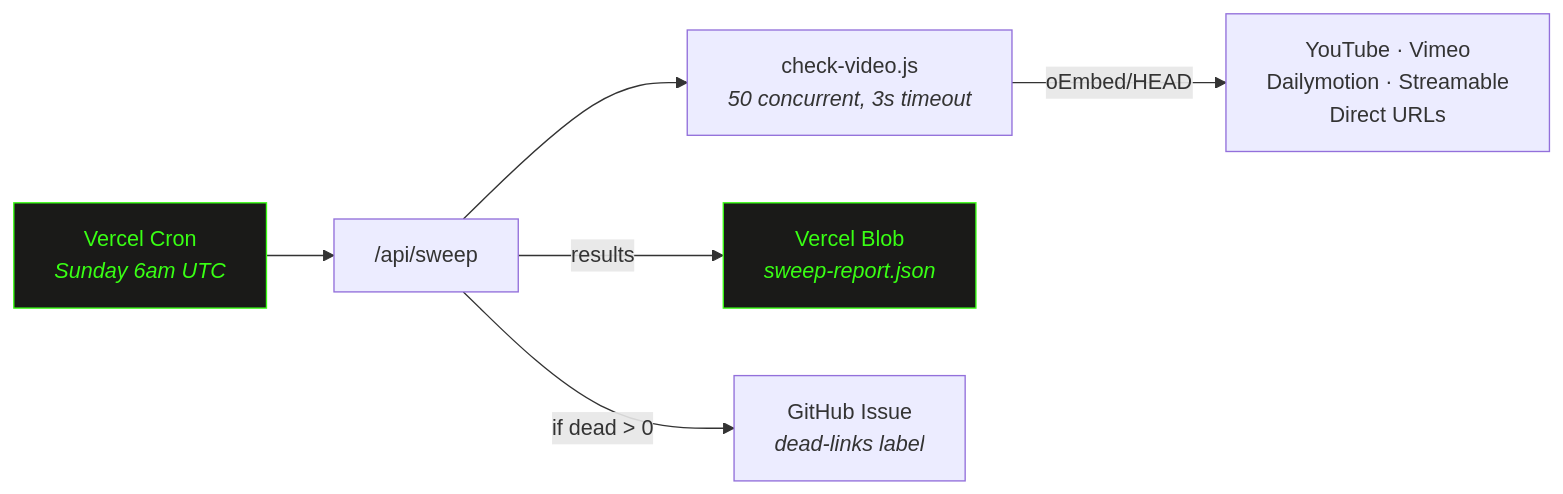
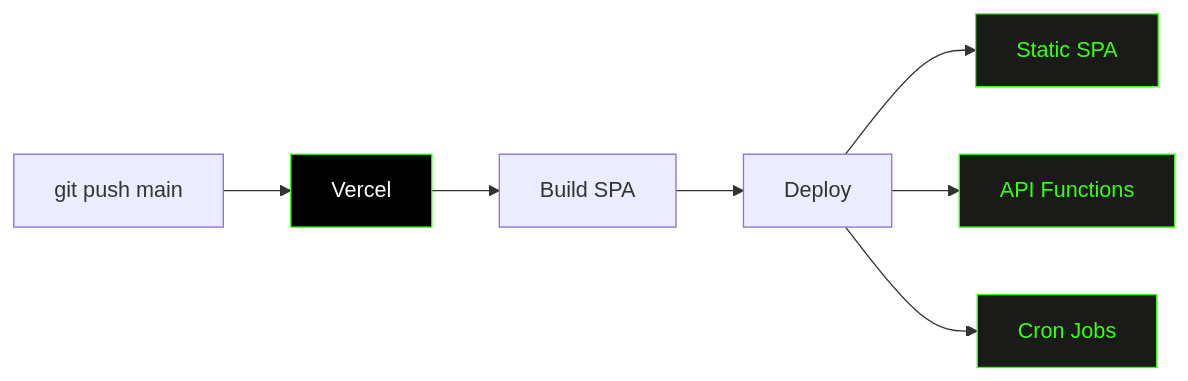
The fourth of 4 diagrams in README.md (BurntFrost/so-i-started-blasting), drawn with Mermaid before and after one commit. The commit also changed other lines of this file and 2 other files, not shown here.

````diff
--- a/README.md
+++ b/README.md
@@ -362,11 +166,14 @@
 ```mermaid
 graph LR
-    Cron["Vercel Cron<br/><i>Sunday 6am UTC</i>"] --> Sweep["/api/sweep"]
-    Sweep --> Check["check-video.js<br/><i>50 concurrent, 3s timeout</i>"]
-    Check --> |"oEmbed/HEAD"| Sources["YouTube · Vimeo<br/>Dailymotion · Streamable<br/>Direct URLs"]
-    Sweep --> |"results"| Blob["Vercel Blob<br/><i>sweep-report.json</i>"]
-    Sweep --> |"if dead > 0"| Issue["GitHub Issue<br/><i>dead-links label</i>"]
+    Push["git push main"] --> Vercel["Vercel"]
+    Vercel --> Build["Build SPA"]
+    Build --> Deploy["Deploy"]
+    Deploy --> SPA["Static SPA"]
+    Deploy --> API["API Functions"]
+    Deploy --> Cron["Cron Jobs"]
 
+    style Vercel fill:#000,color:#fff,stroke:#39ff14
+    style SPA fill:#1a1a18,color:#39ff14,stroke:#39ff14
+    style API fill:#1a1a18,color:#39ff14,stroke:#39ff14
     style Cron fill:#1a1a18,color:#39ff14,stroke:#39ff14
-    style Blob fill:#1a1a18,color:#39ff14,stroke:#39ff14
 ```
````
